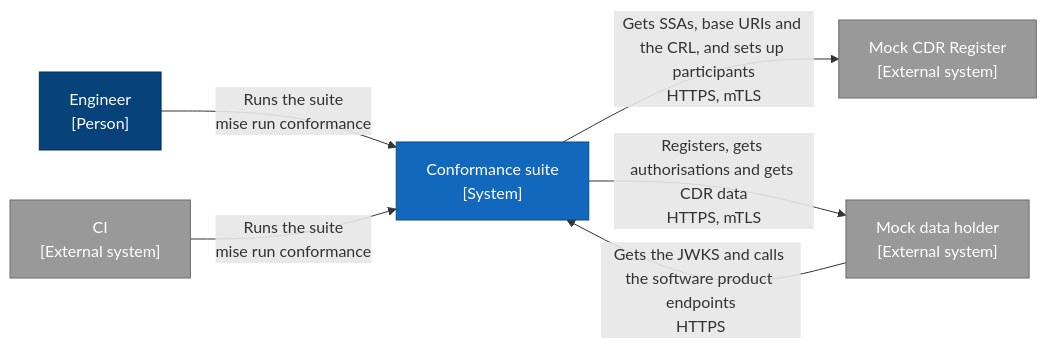
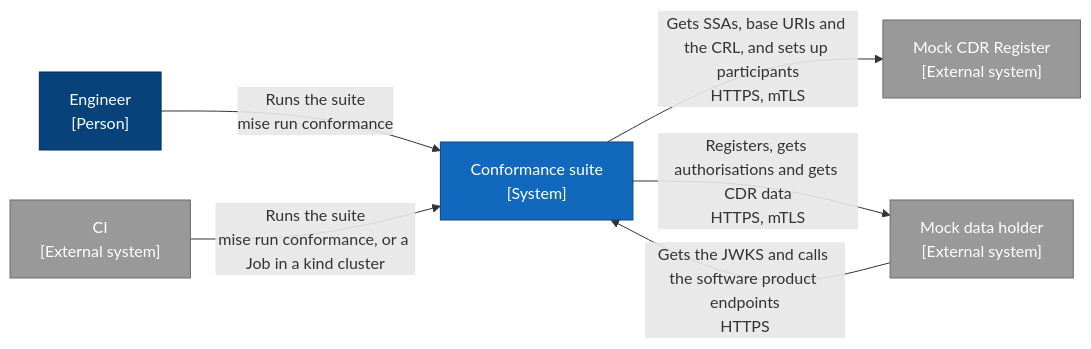
One commit to lukemundy/cdr-lab changed the diagram in conformance/DESIGN.md. Above: the diagram before and after it, drawn with Mermaid. The commit also changed other lines of this file and 21 other files, not shown here.

Commit message:
docs: add the requirements of the umbrella chart deployment (#76)

````diff
--- a/conformance/DESIGN.md
+++ b/conformance/DESIGN.md
@@ -7,21 +7,21 @@
 ```mermaid
 flowchart LR
   engineer["Engineer<br>[Person]"]
   ci["CI<br>[External system]"]
   suite["Conformance suite<br>[System]"]
   register["Mock CDR Register<br>[External system]"]
   dataholder["Mock data holder<br>[External system]"]
 
   engineer -- "Runs the suite<br>mise run conformance" --> suite
-  ci -- "Runs the suite<br>mise run conformance" --> suite
+  ci -- "Runs the suite<br>mise run conformance, or a Job in a kind cluster" --> suite
   suite -- "Gets SSAs, base URIs and the CRL, and sets up participants<br>HTTPS, mTLS" --> register
   suite -- "Registers, gets authorisations and gets CDR data<br>HTTPS, mTLS" --> dataholder
   dataholder -- "Gets the JWKS and calls the software product endpoints<br>HTTPS" --> suite
 
   classDef person fill:#08427b,color:#fff,stroke:#052e56
   classDef system fill:#1168bd,color:#fff,stroke:#0b4884
   classDef external fill:#999,color:#fff,stroke:#6b6b6b
   class engineer person
   class suite system
   class ci,register,dataholder external
 ```
````
